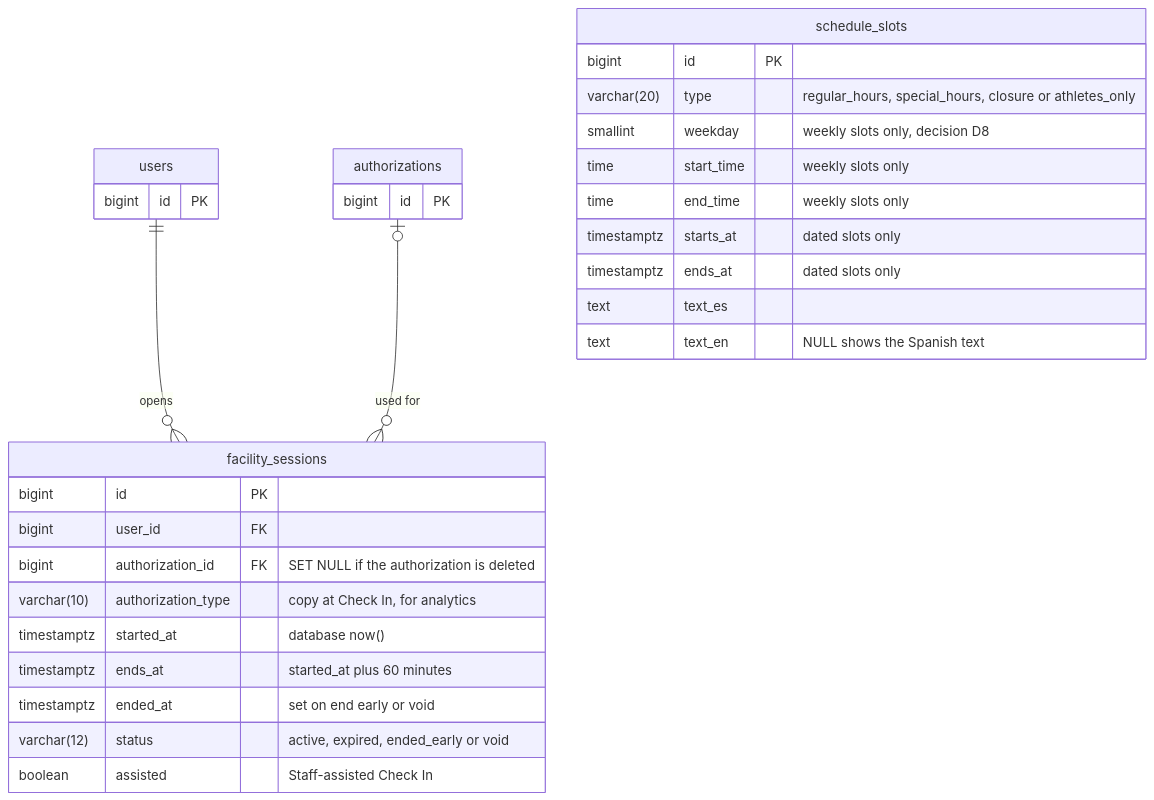
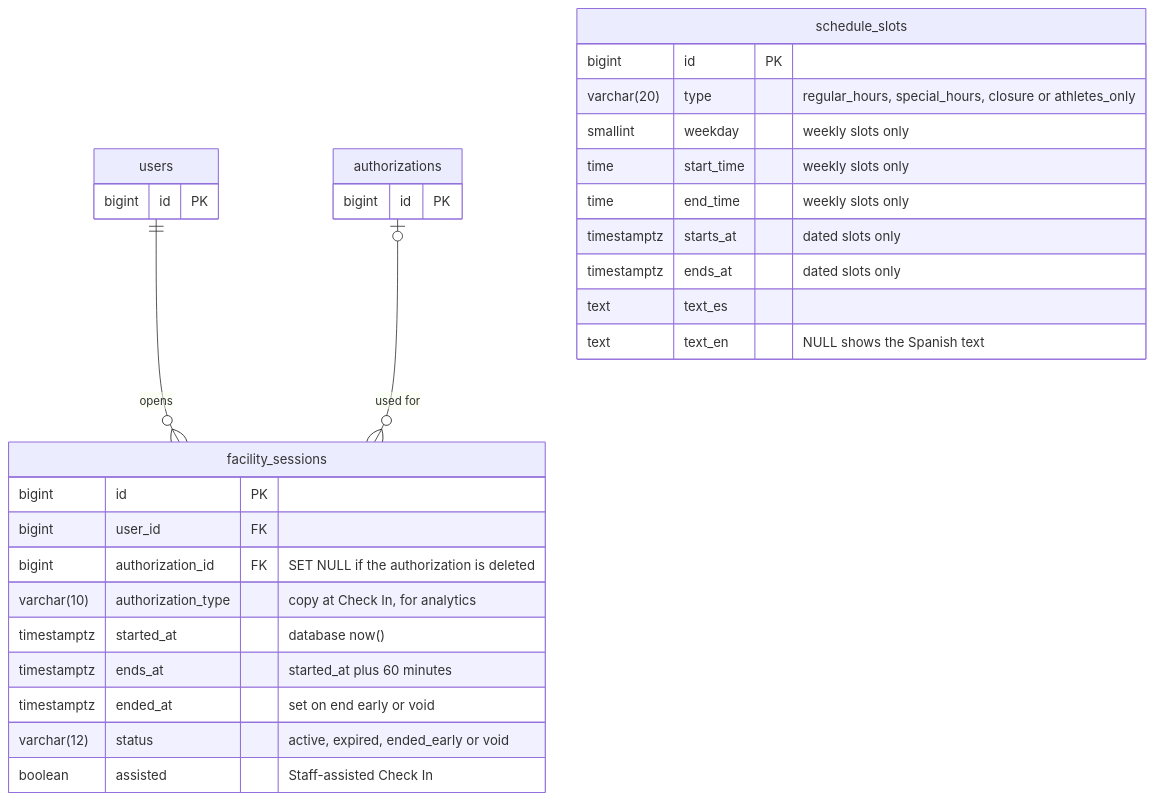
Before and after one commit to Th3-Minorities/natatorio-gym-app: the third of 4 diagrams in docs/design/data-model.md, drawn with Mermaid. The commit also changed other lines of this file, not shown here.

````diff
--- a/docs/design/data-model.md
+++ b/docs/design/data-model.md
@@ -164,34 +194,34 @@
 ```mermaid
 erDiagram
   users ||--o{ facility_sessions : "opens"
   authorizations |o--o{ facility_sessions : "used for"
 
   users {
     bigint id PK
   }
   authorizations {
     bigint id PK
   }
   facility_sessions {
     bigint id PK
     bigint user_id FK
     bigint authorization_id FK "SET NULL if the authorization is deleted"
     varchar(10) authorization_type "copy at Check In, for analytics"
     timestamptz started_at "database now()"
     timestamptz ends_at "started_at plus 60 minutes"
     timestamptz ended_at "set on end early or void"
     varchar(12) status "active, expired, ended_early or void"
     boolean assisted "Staff-assisted Check In"
   }
   schedule_slots {
     bigint id PK
     varchar(20) type "regular_hours, special_hours, closure or athletes_only"
-    smallint weekday "weekly slots only, decision D8"
+    smallint weekday "weekly slots only"
     time start_time "weekly slots only"
     time end_time "weekly slots only"
     timestamptz starts_at "dated slots only"
     timestamptz ends_at "dated slots only"
     text text_es
     text text_en "NULL shows the Spanish text"
   }
 ```
````
